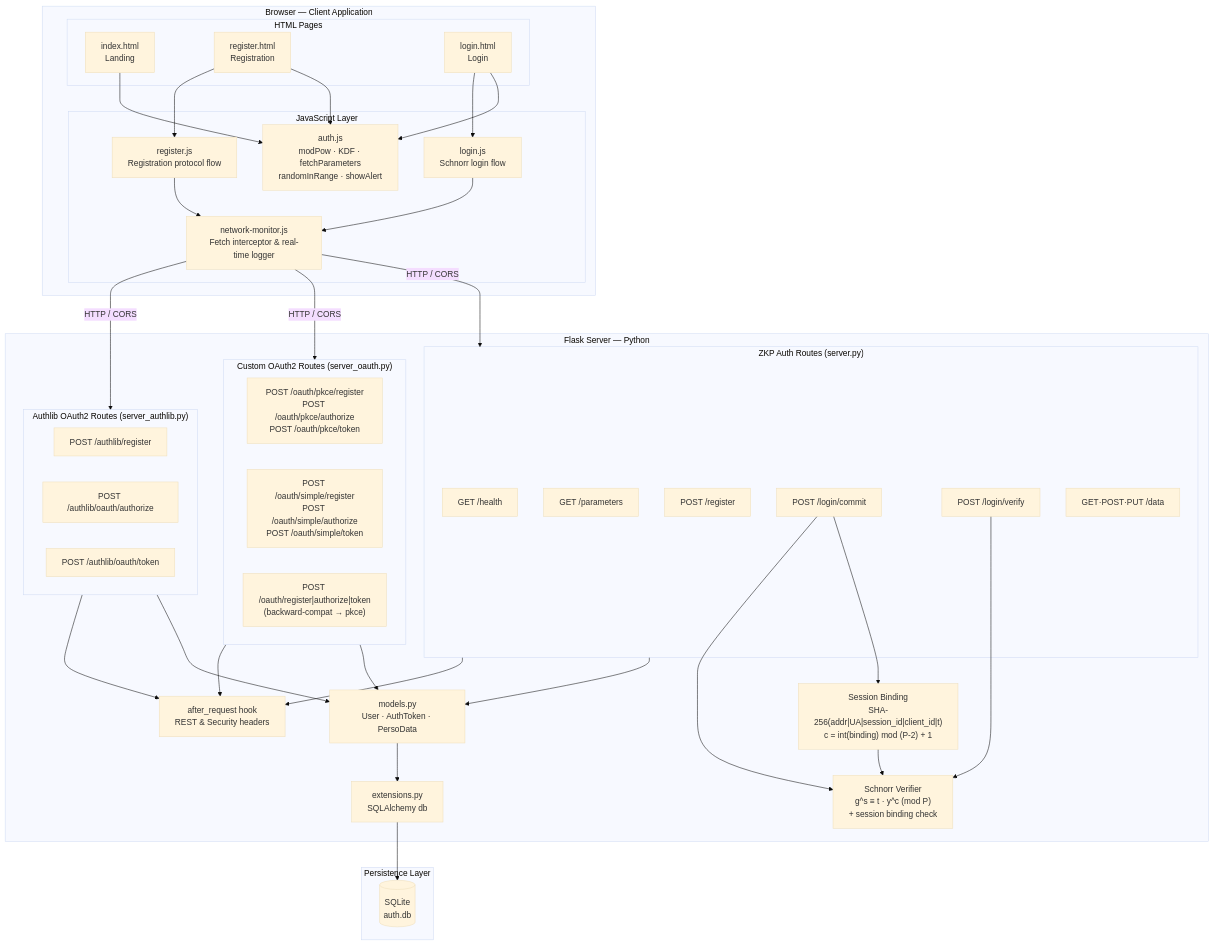
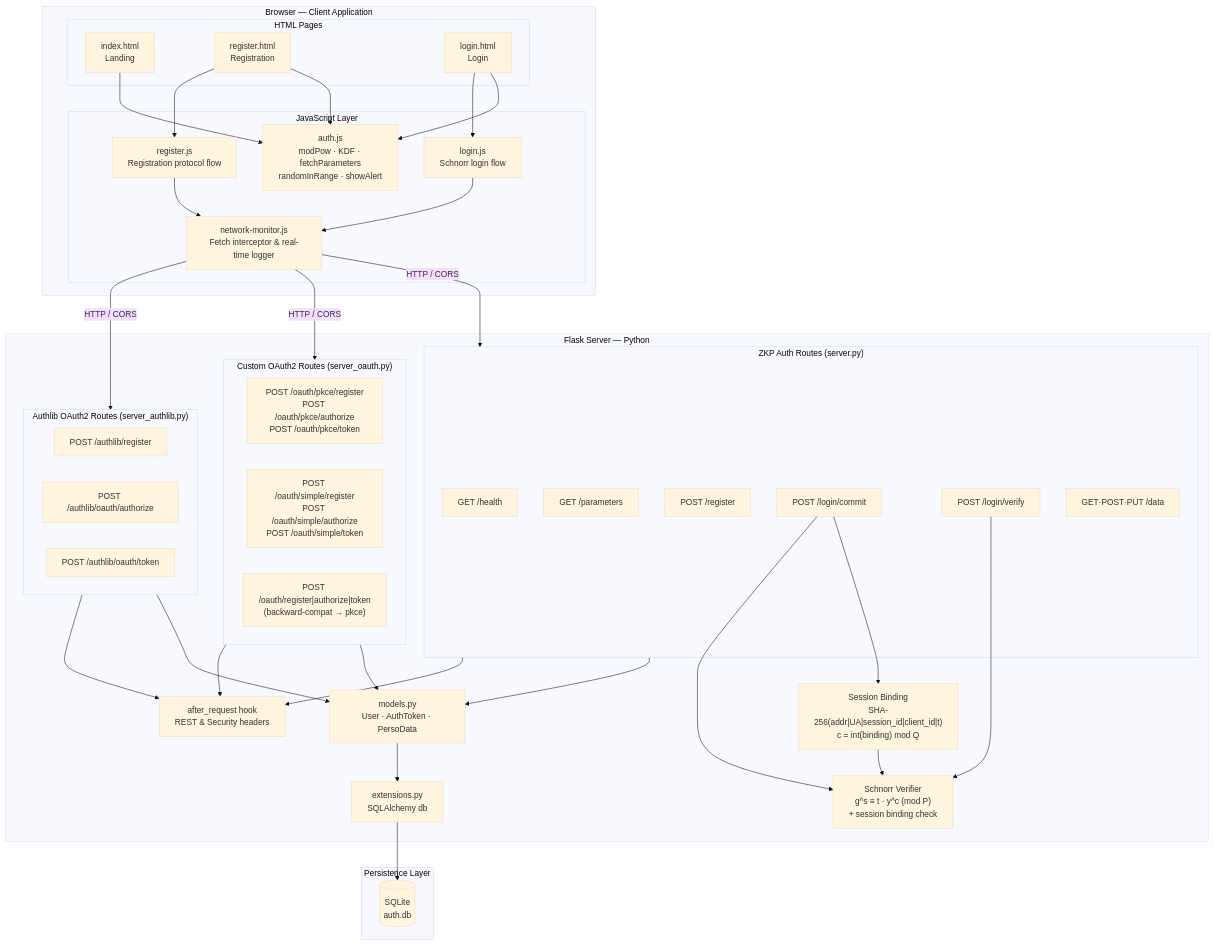
The diagram in diagrams/diagram_architecture.mmd (matei-rares-a/acas), drawn with Mermaid (base theme) before and after one commit. The commit also changed 26 other files, not shown here.

First line of the commit message:
Update Schnorr ZKP diagrams, calculations, QA

```diff
--- a/diagrams/diagram_architecture.mmd
+++ b/diagrams/diagram_architecture.mmd
@@ -1,62 +1,62 @@
 graph TB
     subgraph Browser["Browser — Client Application"]
         subgraph Pages["HTML Pages"]
             INDEX["index.html\nLanding"]
             REG["register.html\nRegistration"]
             LOGIN["login.html\nLogin"]
         end
         subgraph JS["JavaScript Layer"]
             AUTH_JS["auth.js\nmodPow · KDF · fetchParameters\nrandomInRange · showAlert"]
             REG_JS["register.js\nRegistration protocol flow"]
             LOGIN_JS["login.js\nSchnorr login flow"]
             NM_JS["network-monitor.js\nFetch interceptor & real-time logger"]
         end
     end
 
     subgraph FlaskServer["Flask Server — Python"]
         subgraph ZKPRoutes["ZKP Auth Routes  (server.py)"]
             R1["GET  /health"]
             R2["GET  /parameters"]
             R3["POST /register"]
             R4["POST /login/commit"]
             R5["POST /login/verify"]
             R6["GET·POST·PUT /data"]
         end
 
         subgraph OAuthRoutes["Custom OAuth2 Routes  (server_oauth.py)"]
             O1["POST /oauth/pkce/register\nPOST /oauth/pkce/authorize\nPOST /oauth/pkce/token"]
             O2["POST /oauth/simple/register\nPOST /oauth/simple/authorize\nPOST /oauth/simple/token"]
             O3["POST /oauth/register|authorize|token\n(backward-compat → pkce)"]
         end
 
         subgraph AuthlibRoutes["Authlib OAuth2 Routes  (server_authlib.py)"]
             A1["POST /authlib/register"]
             A2["POST /authlib/oauth/authorize"]
             A3["POST /authlib/oauth/token"]
         end
 
         VERIFIER["Schnorr Verifier\ng^s ≡ t · y^c (mod P)\n+ session binding check"]
-        BINDING["Session Binding\nSHA-256(addr|UA|session_id|client_id|t)\nc = int(binding) mod (P-2) + 1"]
+        BINDING["Session Binding\nSHA-256(addr|UA|session_id|client_id|t)\nc = int(binding) mod Q"]
         MODELS["models.py\nUser · AuthToken · PersoData"]
         EXT["extensions.py\nSQLAlchemy db"]
         HEADERS["after_request hook\nREST & Security headers"]
     end
 
     subgraph Persistence["Persistence Layer"]
         DB[("SQLite\nauth.db")]
     end
 
     INDEX & REG & LOGIN --> AUTH_JS
     REG --> REG_JS
     LOGIN --> LOGIN_JS
     REG_JS & LOGIN_JS --> NM_JS
     NM_JS -->|"HTTP / CORS"| ZKPRoutes
     NM_JS -->|"HTTP / CORS"| OAuthRoutes
     NM_JS -->|"HTTP / CORS"| AuthlibRoutes
     R4 --> BINDING
     R4 & R5 --> VERIFIER
     BINDING --> VERIFIER
     ZKPRoutes & OAuthRoutes & AuthlibRoutes --> MODELS
     ZKPRoutes & OAuthRoutes & AuthlibRoutes --> HEADERS
     MODELS --> EXT
     EXT --> DB
```
